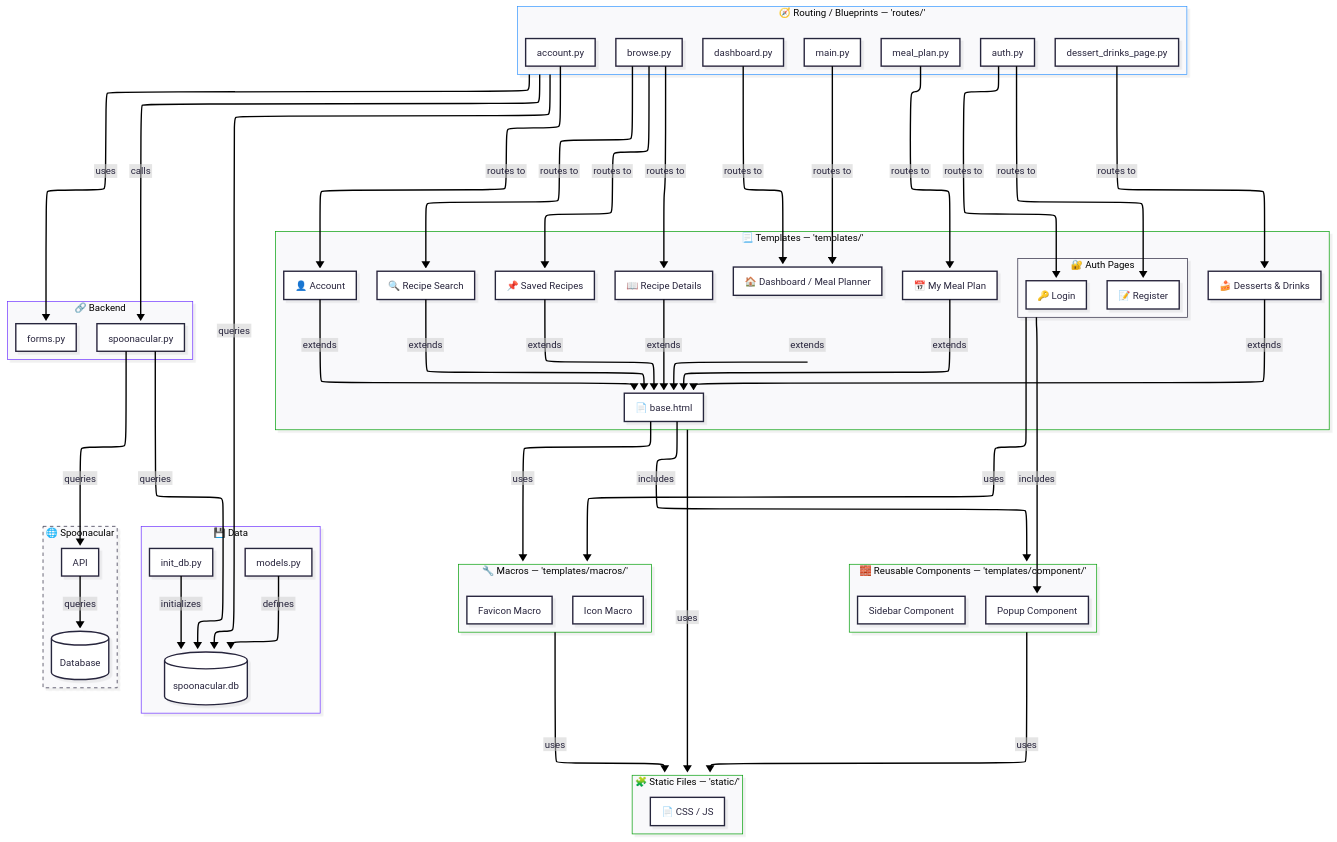
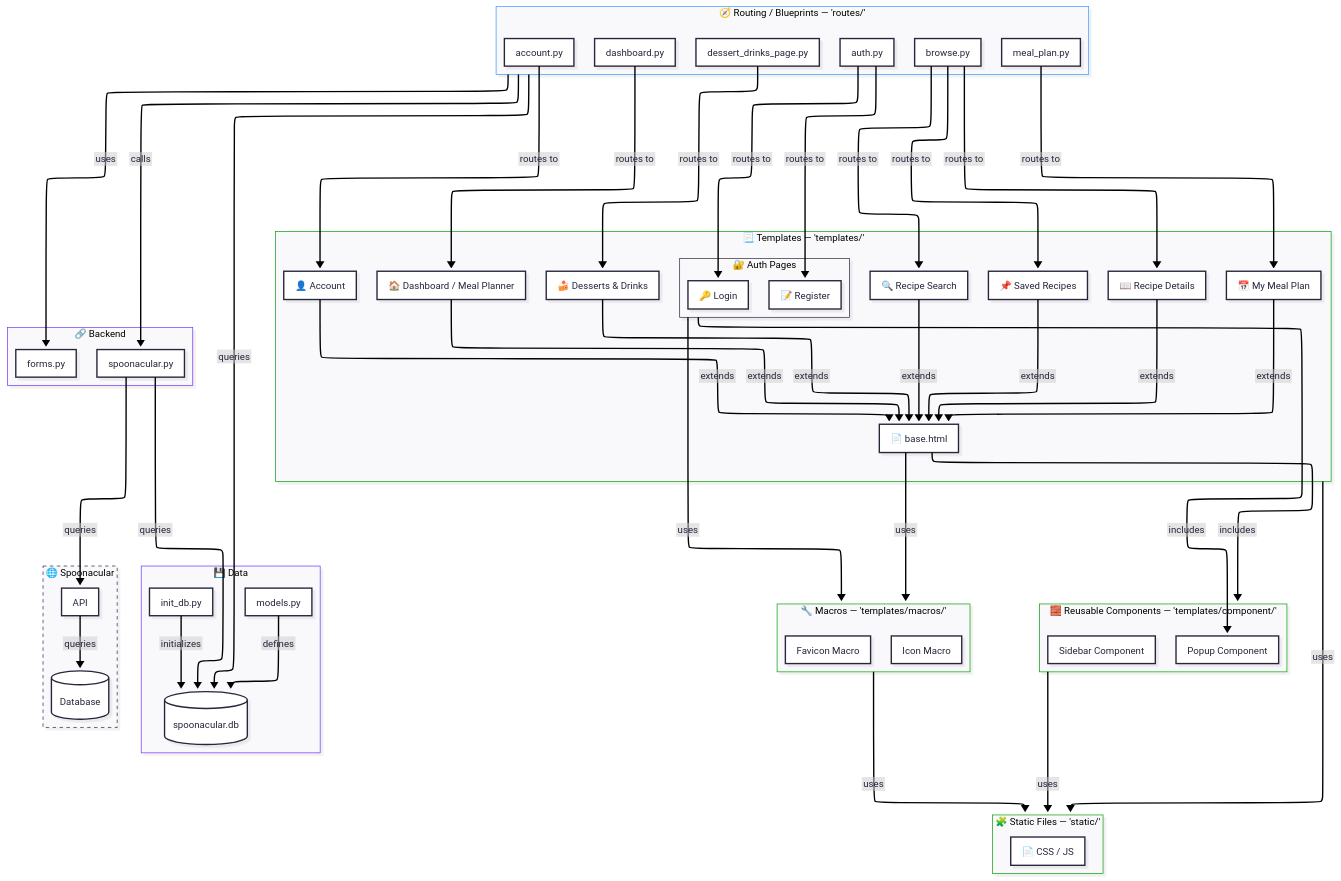
Before and after one commit to KireStrings/Meal-Planner: the diagram in doc/diagrams/structure/structure.md, drawn with Mermaid. The commit also changed 3 other files, not shown here.

Commit message:
doc: removed main.py in structure diagram

```diff
--- a/doc/diagrams/structure/structure.md
+++ b/doc/diagrams/structure/structure.md
@@ -55,7 +55,6 @@
 %% ROUTES
 %% ───────────────────────────────────────────────
 subgraph Routing["🧭 Routing / Blueprints — 'routes/'"]
-R1[main.py]
 R2[dashboard.py]
 R6[meal_plan.py]
 R3[dessert_drinks_page.py]
@@ -94,7 +93,6 @@
 %% ───────────────────────────────────────────────
 
 %% Routing to Pages
-R1 -->|routes to| P2
 R2 -->|routes to| P2
 R3 -->|routes to| P3
 R4 -->|routes to| P4 & P5 & P6
```
